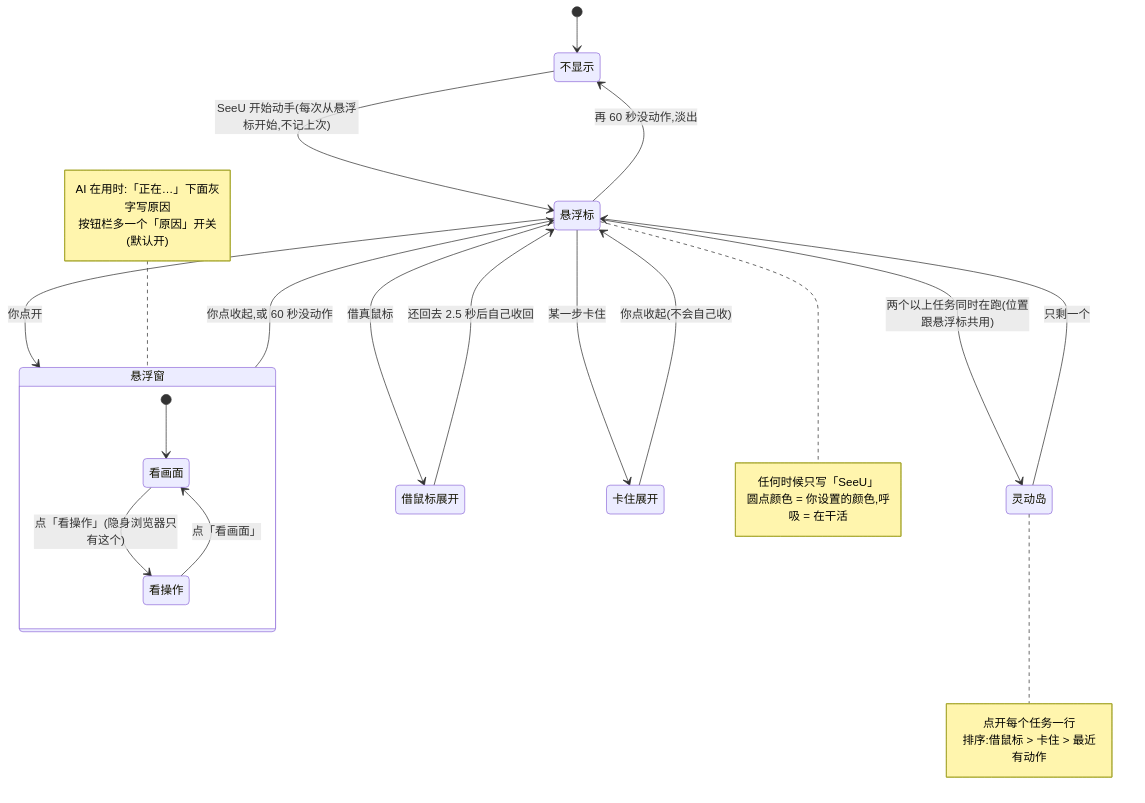
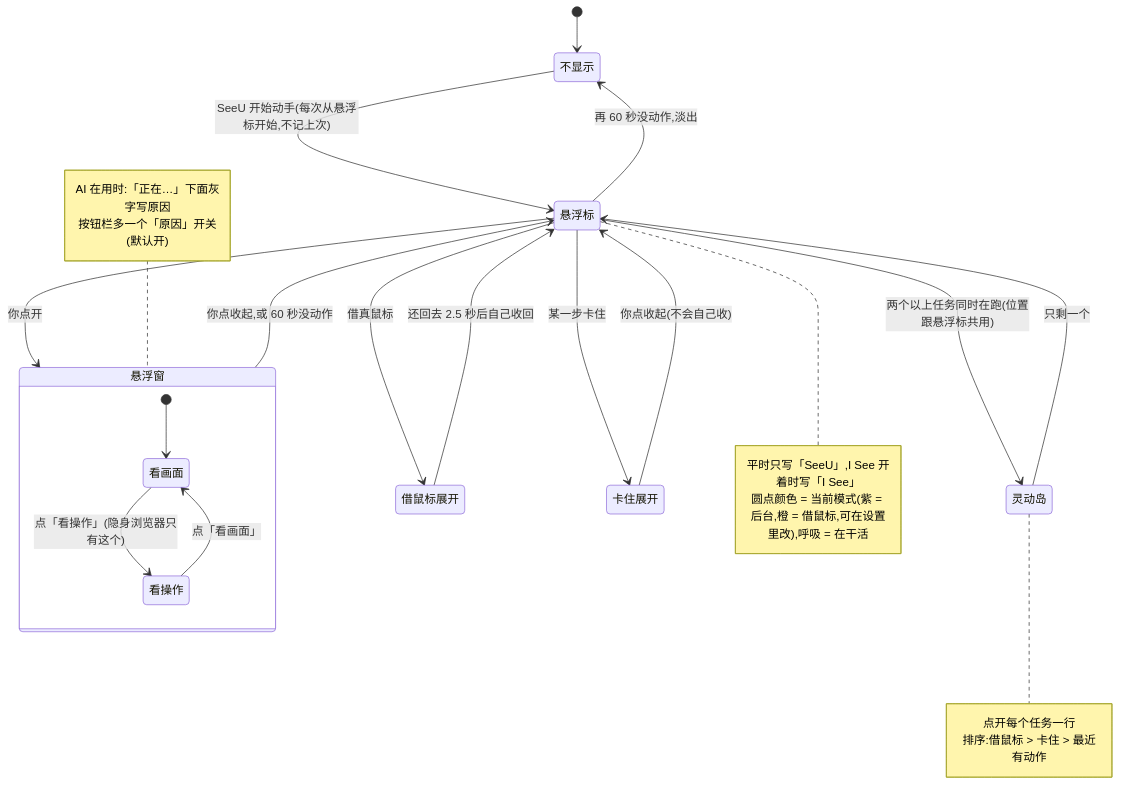
One commit to Mr-Bingoo/seeu-computeruse changed diagram 11 of 13 in docs/SeeU-业务图.zh-CN.md. Above: the diagram before and after it, drawn with Mermaid. The commit also changed other lines of this file and 47 other files, not shown here.

````diff
--- a/docs/SeeU-业务图.zh-CN.md
+++ b/docs/SeeU-业务图.zh-CN.md
@@ -324,39 +488,39 @@
 ```mermaid
 stateDiagram-v2
   None: 不显示
   Badge: 悬浮标
   Win: 悬浮窗
   Borrow: 借鼠标展开
   Stuck: 卡住展开
   Island: 灵动岛
   [*] --> None
   None --> Badge: SeeU 开始动手(每次从悬浮标开始,不记上次)
   Badge --> Win: 你点开
   Win --> Badge: 你点收起,或 60 秒没动作
   Badge --> None: 再 60 秒没动作,淡出
   Badge --> Borrow: 借真鼠标
   Borrow --> Badge: 还回去 2.5 秒后自己收回
   Badge --> Stuck: 某一步卡住
   Stuck --> Badge: 你点收起(不会自己收)
   state Win {
     Live: 看画面
     Steps: 看操作
     [*] --> Live
     Live --> Steps: 点「看操作」(隐身浏览器只有这个)
     Steps --> Live: 点「看画面」
   }
   Badge --> Island: 两个以上任务同时在跑(位置跟悬浮标共用)
   Island --> Badge: 只剩一个
   note right of Badge
-    任何时候只写「SeeU」
-    圆点颜色 = 你设置的颜色,呼吸 = 在干活
+    平时只写「SeeU」,I See 开着时写「I See」
+    圆点颜色 = 当前模式(紫 = 后台,橙 = 借鼠标,可在设置里改),呼吸 = 在干活
   end note
   note left of Win
     AI 在用时:「正在…」下面灰字写原因
     按钮栏多一个「原因」开关(默认开)
   end note
   note right of Island
     点开每个任务一行
     排序:借鼠标 > 卡住 > 最近有动作
   end note
 ```
````
